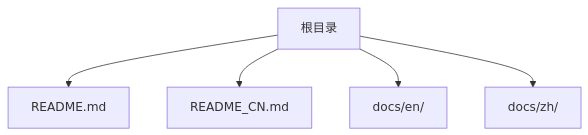
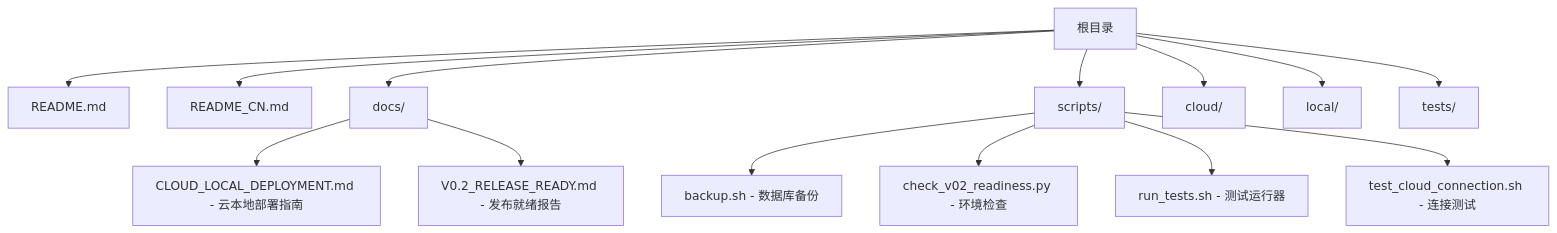
Before and after one commit to lgx236/CNAA-Cloud-Native-Agent-Architecture-: the first of 4 diagrams in .qoder/repowiki/zh/content/集成指南/部署指南.md, drawn with Mermaid. The commit also changed other lines of this file and 80 other files, not shown here.

````diff
--- a/.qoder/repowiki/zh/content/集成指南/部署指南.md
+++ b/.qoder/repowiki/zh/content/集成指南/部署指南.md
@@ -27,7 +41,16 @@
 ```mermaid
 graph TB
 A["根目录"] --> B["README.md"]
 A --> C["README_CN.md"]
-A --> D["docs/en/"]
-A --> E["docs/zh/"]
+A --> D["docs/"]
+A --> E["scripts/"]
+A --> F["cloud/"]
+A --> G["local/"]
+A --> H["tests/"]
+E --> I["backup.sh - 数据库备份"]
+E --> J["check_v02_readiness.py - 环境检查"]
+E --> K["run_tests.sh - 测试运行器"]
+E --> L["test_cloud_connection.sh - 连接测试"]
+D --> M["CLOUD_LOCAL_DEPLOYMENT.md - 云本地部署指南"]
+D --> N["V0.2_RELEASE_READY.md - 发布就绪报告"]
 ```
````
